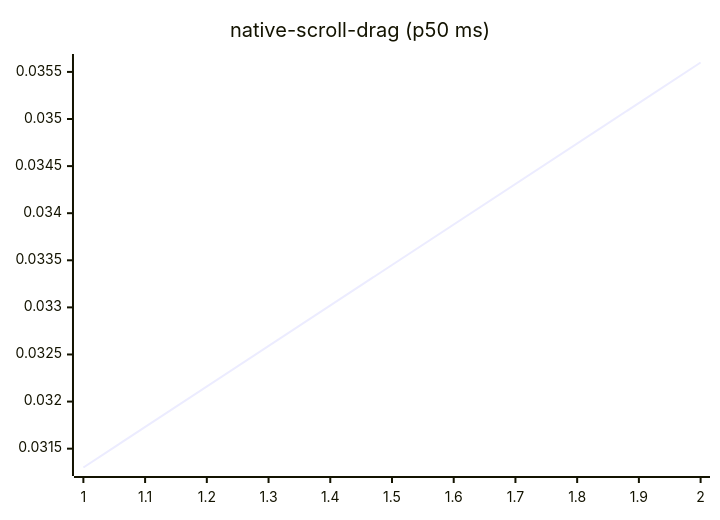
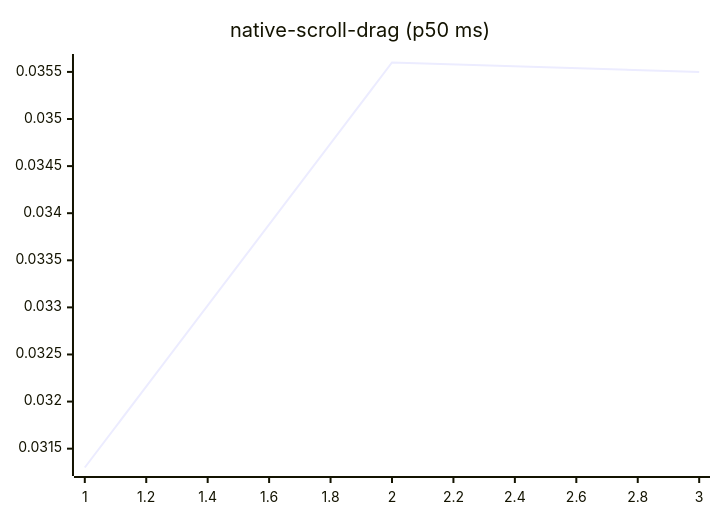
One commit to josha/Facet changed diagram 14 of 27 in README.md. Above: the diagram before and after it, drawn with Mermaid. The commit also changed other lines of this file and 2 other files, not shown here.

````diff
--- a/README.md
+++ b/README.md
@@ -154,6 +154,6 @@
 ```mermaid
 xychart-beta
     title "native-scroll-drag (p50 ms)"
-    x-axis 1 --> 2
-    line [0.0313, 0.0356]
+    x-axis 1 --> 3
+    line [0.0313, 0.0356, 0.0355]
 ```
````
